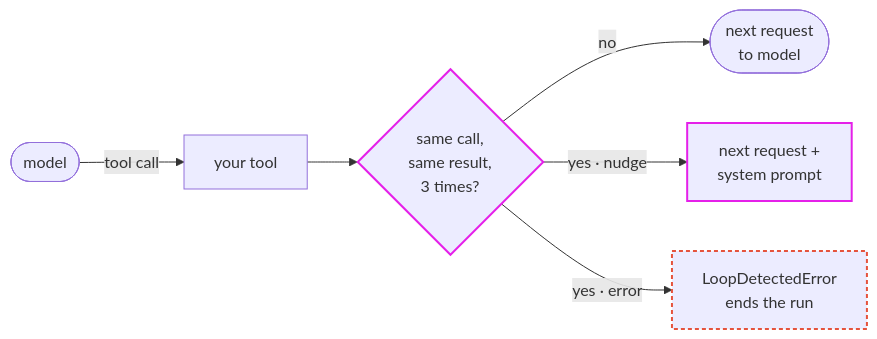
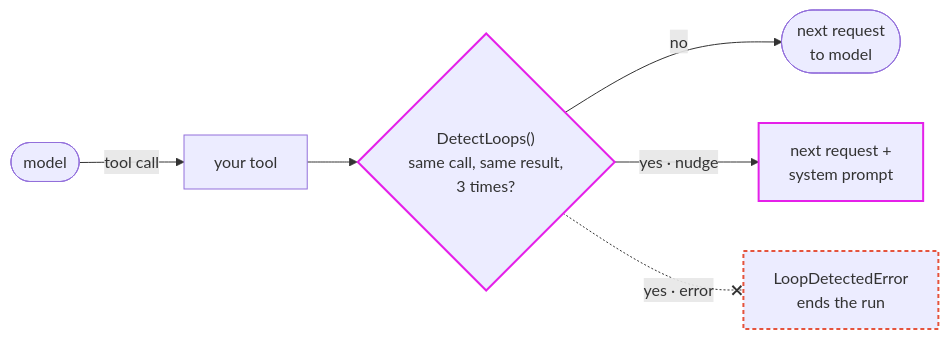
Before and after one commit to pydantic/pydantic-ai: the diagram in src/pydantic_ai_harness/pydantic_ai_harness/detect_loops/README.md, drawn with Mermaid. The commit also changed other lines of this file and 1 other file, not shown here.

Commit message:
docs: follow harness diagram conventions in Detect Loops and explain the example's count

````diff
--- a/src/pydantic_ai_harness/pydantic_ai_harness/detect_loops/README.md
+++ b/src/pydantic_ai_harness/pydantic_ai_harness/detect_loops/README.md
@@ -9,12 +9,12 @@
 ```mermaid
 flowchart LR
     accTitle: Detect Loops: interrupt an agent that repeats itself
-    accDescr: Left to right, the model makes a tool call to your tool, and DetectLoops checks whether the same call gave the same result 3 times. If no, the next request goes to the model. If yes, with action='nudge' the next request goes to the model with a system prompt added, and with action='error' LoopDetectedError ends the run.
+    accDescr: Left to right, the model makes a tool call to your tool, and DetectLoops checks whether the same call gave the same result 3 times. If no, the next request goes to the model. If yes, with action='nudge' the next request goes to the model with a system prompt added, and with action='error' a dotted edge leads to LoopDetectedError, which ends the run.
     model(["model"]) -->|tool call| tool["your tool"]
-    tool --> check{"same call,<br/>same result,<br/>3 times?"}:::capability
+    tool --> check{"DetectLoops()<br/>same call, same result,<br/>3 times?"}:::capability
     check -->|no| next(["next request<br/>to model"])
     check -->|"yes · nudge"| nudge["next request +<br/>system prompt"]:::capability
-    check -->|"yes · error"| error["LoopDetectedError<br/>ends the run"]:::blocked
+    check -.-x|"yes · error"| error["LoopDetectedError<br/>ends the run"]:::blocked
     classDef capability stroke:#E520E9,stroke-width:2px
     classDef blocked stroke:#E5533D,stroke-width:2px,stroke-dasharray:4 3
 ```
````
